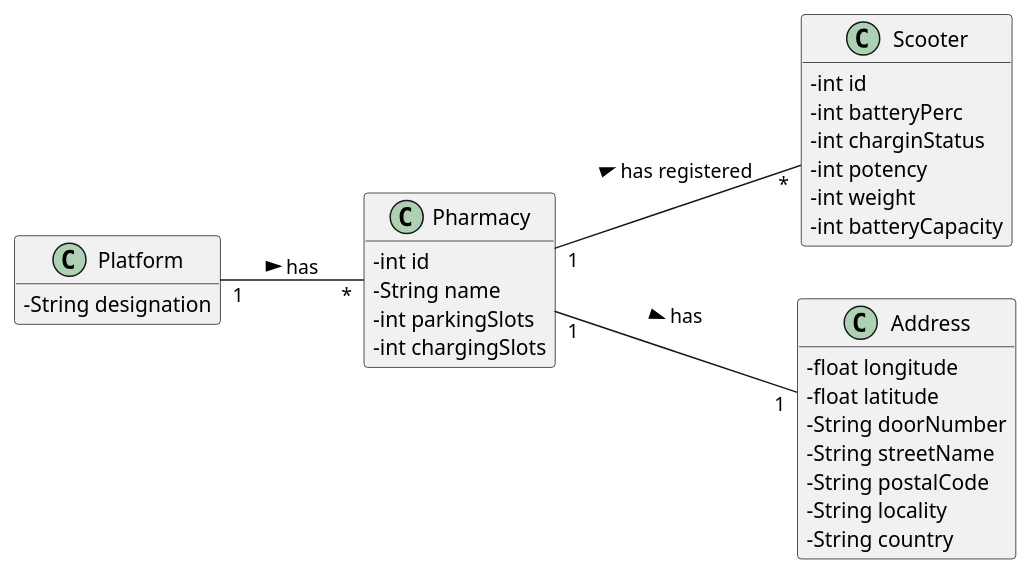
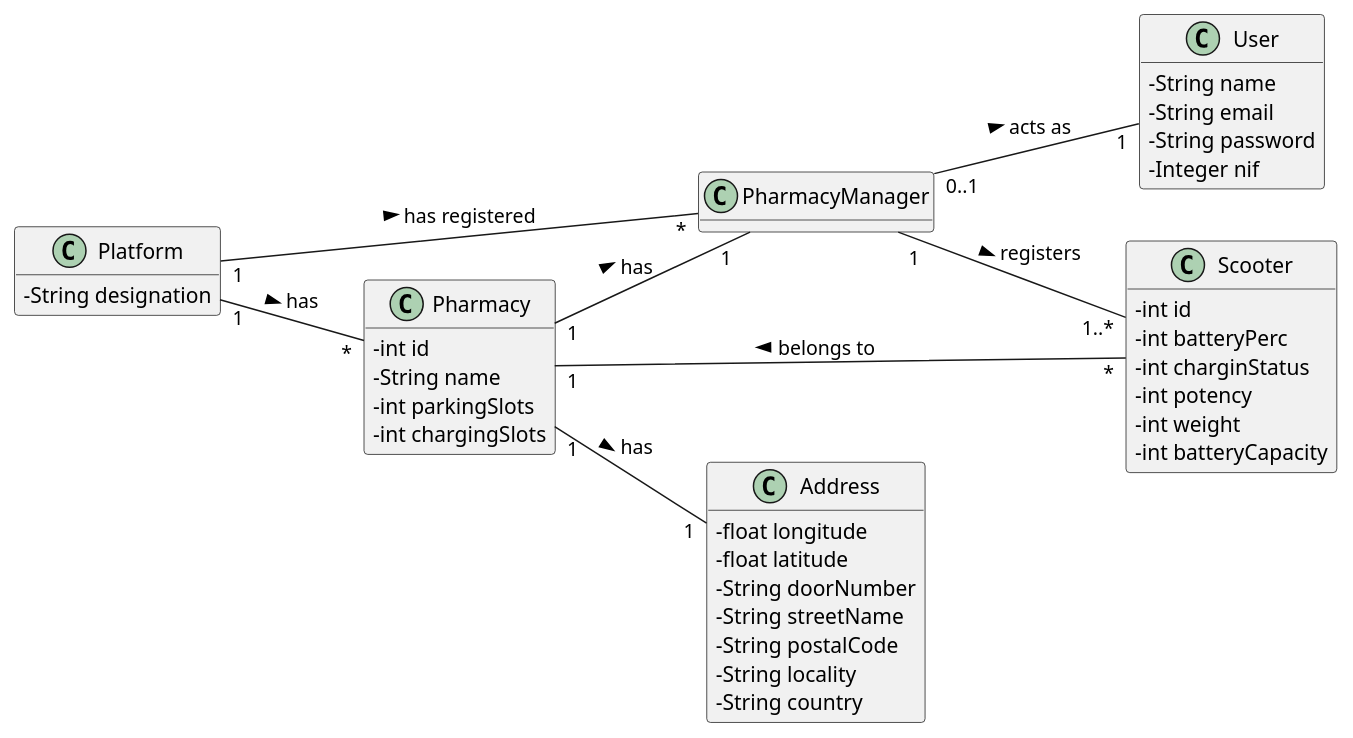
One commit to tiagoavcosta25/LAPR3 changed the diagram in docs/Iteration 1/Scooter Management/US22_RemoveScooter/US22_DM.puml. Above: the diagram before and after it, drawn with PlantUML. The commit also changed 7 other files, not shown here.

```diff
--- a/docs/Iteration 1/Scooter Management/US22_RemoveScooter/US22_DM.puml
+++ b/docs/Iteration 1/Scooter Management/US22_RemoveScooter/US22_DM.puml
@@ -1,41 +1,55 @@
 @startuml
 skinparam classAttributeIconSize 0
 hide methods
 left to right direction
 
 class Platform {
   -String designation
 }
 
 class Pharmacy {
   -int id
   -String name
   -int parkingSlots
   -int chargingSlots
+}
+
+class User{
+-   String name
+-   String email
+-   String password
+-   Integer nif
+}
+
+class PharmacyManager {
 }
 
 class Scooter{
   -int id
   -int batteryPerc
   -int charginStatus
   -int potency
   -int weight
   -int batteryCapacity
 }
 
 class Address{
   -float longitude
   -float latitude
   -String doorNumber
   -String streetName
   -String postalCode
   -String locality
   -String country
 }
 
 
 
 Platform "1" -- "*" Pharmacy : has >
-Pharmacy "1" -- "*" Scooter : has registered >
+Platform "1" -- "*" PharmacyManager : has registered >
+PharmacyManager "0..1" -- "1" User: acts as >
+PharmacyManager "1" -- "1..*" Scooter : registers >
+Pharmacy "1" -- "1" PharmacyManager : has >
+Scooter "*" -- "1" Pharmacy : belongs to >
 Pharmacy "1" -- "1" Address : has >
 @enduml
```
